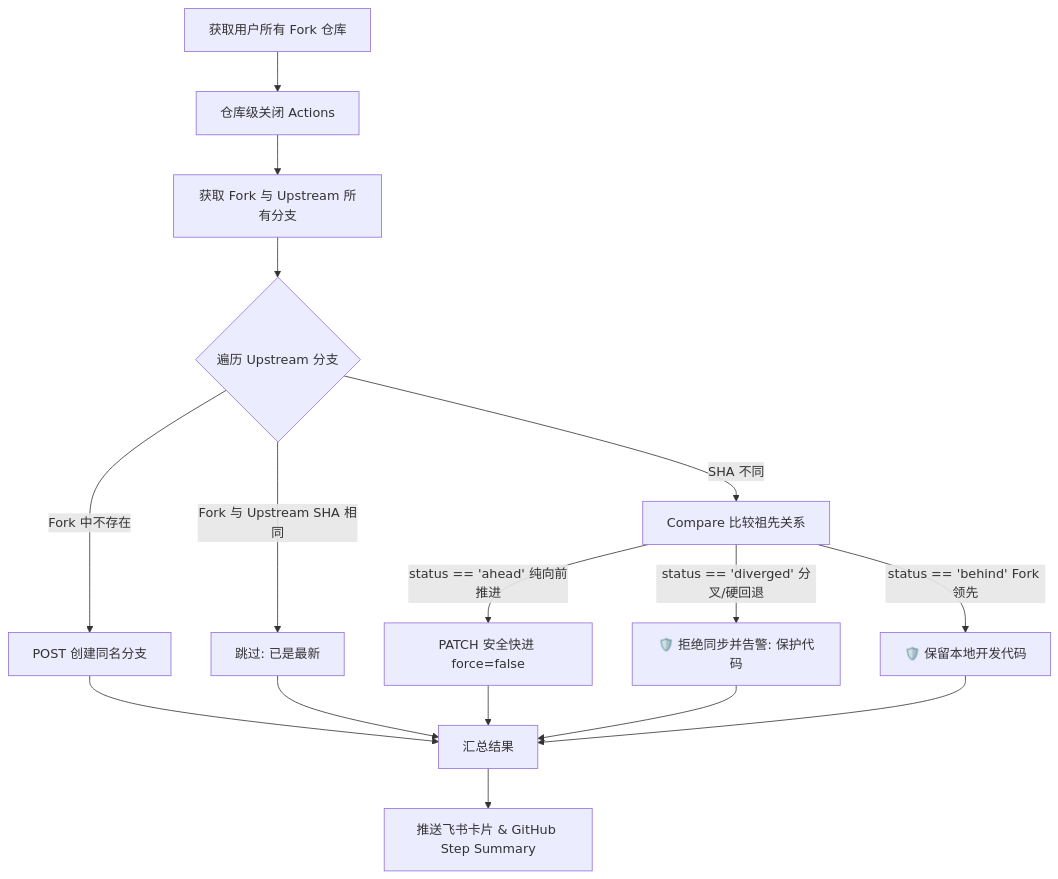
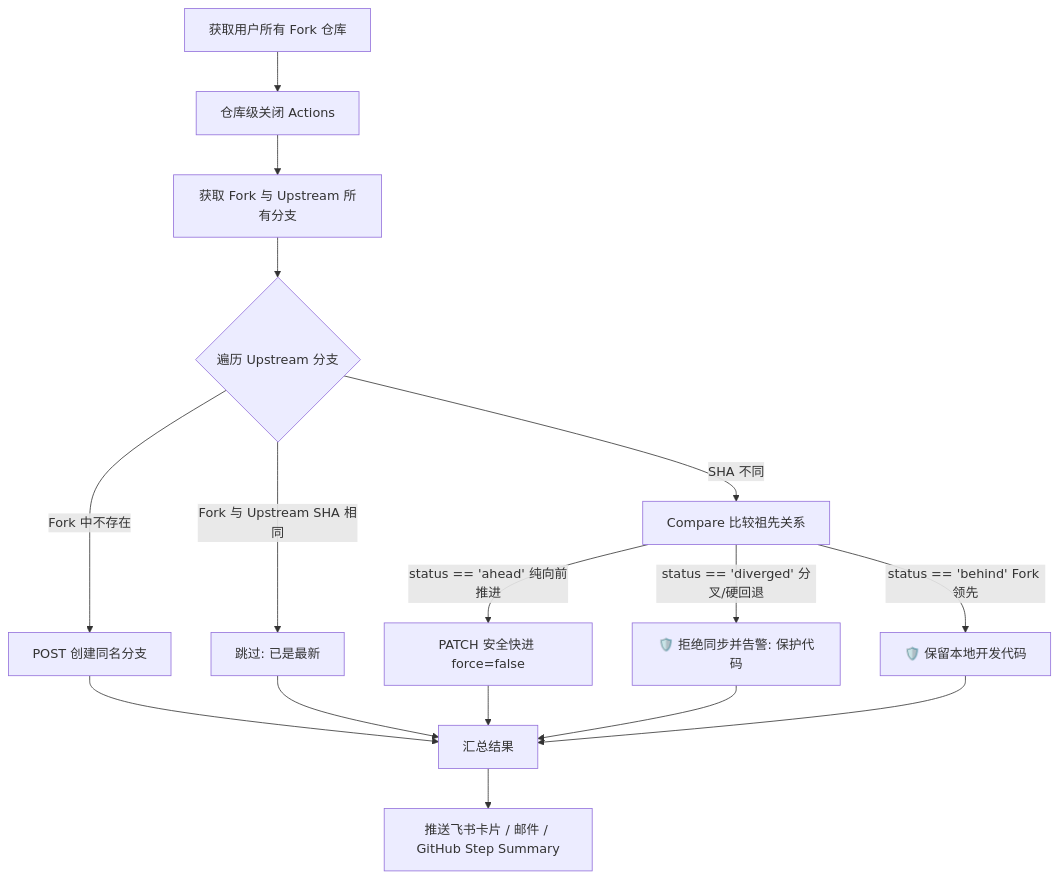
Before and after one commit to xb18/github-forks-auto: the diagram in README.md, drawn with Mermaid. The commit also changed other lines of this file and 10 other files, not shown here.

````diff
--- a/README.md
+++ b/README.md
@@ -184,21 +222,21 @@
 ```mermaid
 flowchart TD
     Start[获取用户所有 Fork 仓库] --> DisAct[仓库级关闭 Actions]
     DisAct --> GetBranches[获取 Fork 与 Upstream 所有分支]
     GetBranches --> BranchLoop{遍历 Upstream 分支}
     
     BranchLoop -->|Fork 中不存在| CreateBranch[POST 创建同名分支]
     BranchLoop -->|Fork 与 Upstream SHA 相同| UpToDate[跳过: 已是最新]
     BranchLoop -->|SHA 不同| Compare[Compare 比较祖先关系]
     
     Compare -->|status == 'ahead' 纯向前推进| FastForward[PATCH 安全快进 force=false]
     Compare -->|status == 'diverged' 分叉/硬回退| SafeSkip[🛡️ 拒绝同步并告警: 保护代码]
     Compare -->|status == 'behind' Fork 领先| KeepLocal[🛡️ 保留本地开发代码]
     
     CreateBranch --> Summary[汇总结果]
     UpToDate --> Summary
     FastForward --> Summary
     SafeSkip --> Summary
     KeepLocal --> Summary
-    Summary --> Feishu[推送飞书卡片 & GitHub Step Summary]
+    Summary --> Notify[推送飞书卡片 / 邮件 / GitHub Step Summary]
 ```
````
